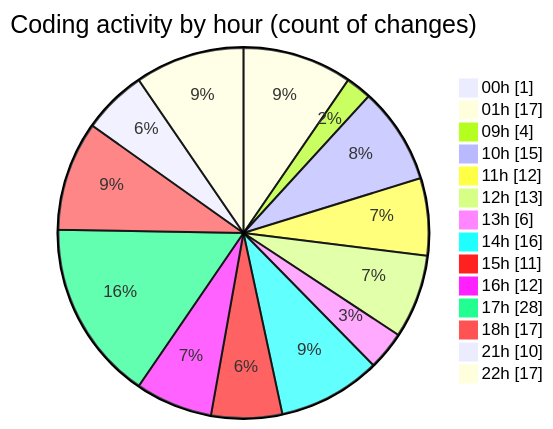
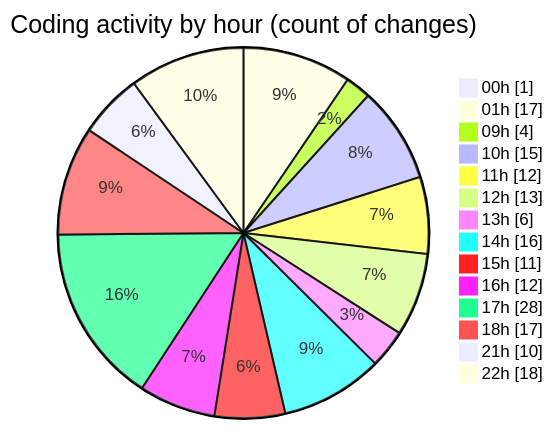
Before and after one commit to julien-gomy/code-tracking: the second of 2 diagrams in 2025-11-01/cdp_aleoudev_fr__workspace_/README.md, drawn with Mermaid. The commit also changed other lines of this file and 1 other file, not shown here.

````diff
--- a/2025-11-01/cdp_aleoudev_fr__workspace_/README.md
+++ b/2025-11-01/cdp_aleoudev_fr__workspace_/README.md
@@ -52,18 +52,18 @@
 ```mermaid
 pie showData
 title Coding activity by hour (count of changes)
 "00h" : 1
 "01h" : 17
 "09h" : 4
 "10h" : 15
 "11h" : 12
 "12h" : 13
 "13h" : 6
 "14h" : 16
 "15h" : 11
 "16h" : 12
 "17h" : 28
 "18h" : 17
 "21h" : 10
-"22h" : 17
+"22h" : 18
 ```
````
